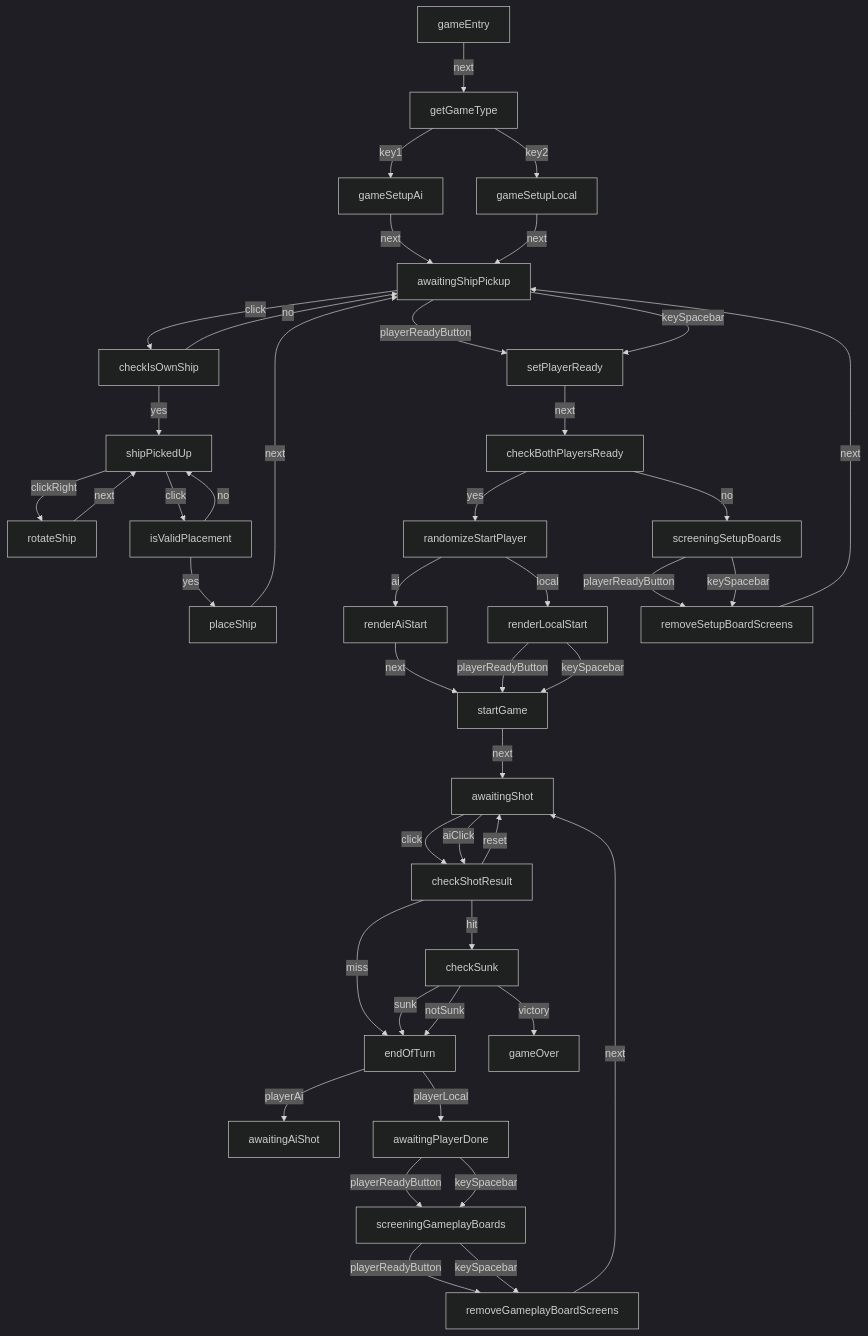
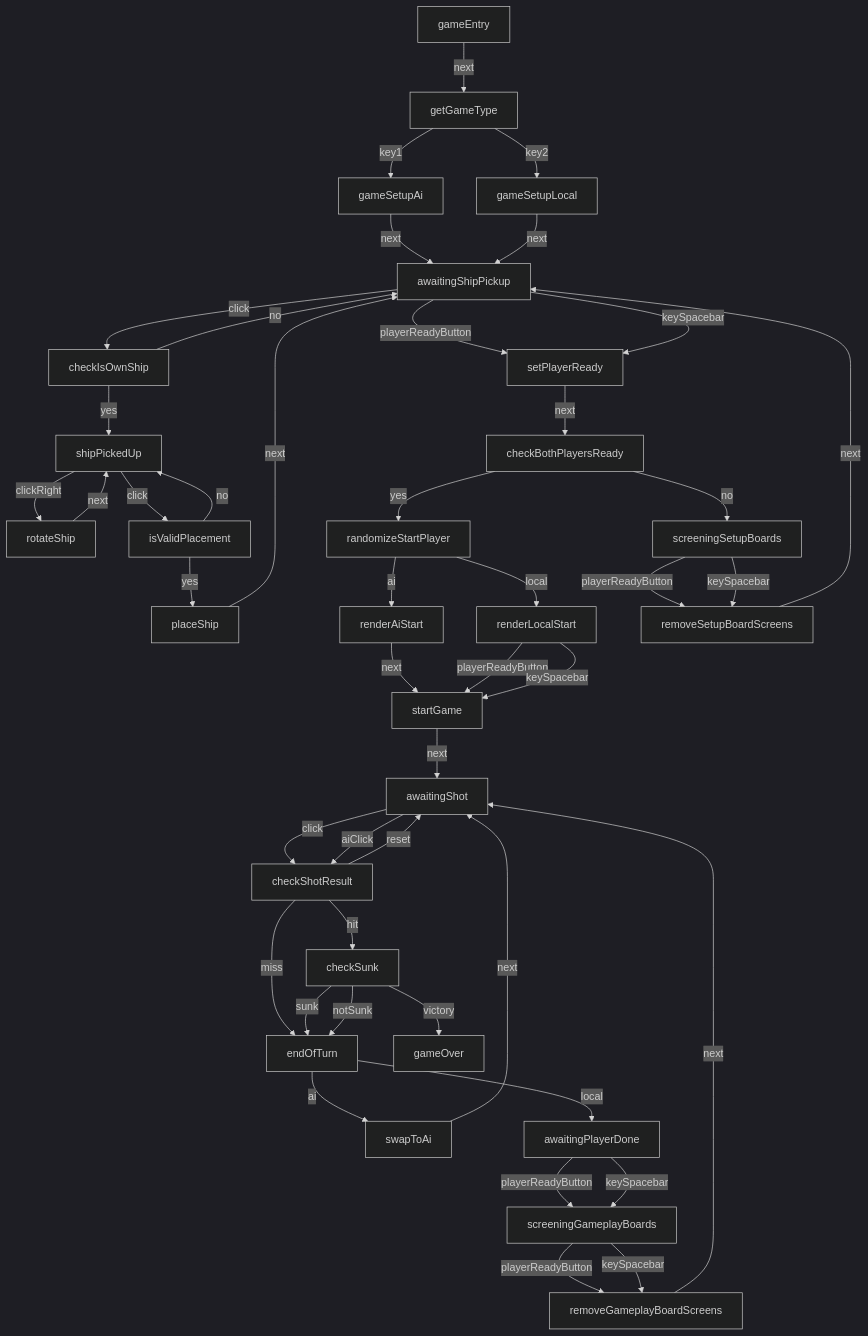
Before and after one commit to pgoshulak/battleship: the diagram in statemap.md, drawn with Mermaid (dark theme). The commit also changed 3 other files, not shown here.

````diff
--- a/statemap.md
+++ b/statemap.md
@@ -3,46 +3,47 @@
 ```mermaid
 graph TD;
 gameEntry[gameEntry] -- next --> getGameType[getGameType] ;
 getGameType[getGameType] -- key1 --> gameSetupAi[gameSetupAi] ;
 getGameType[getGameType] -- key2 --> gameSetupLocal[gameSetupLocal] ;
 gameSetupAi[gameSetupAi] -- next --> awaitingShipPickup[awaitingShipPickup] ;
 gameSetupLocal[gameSetupLocal] -- next --> awaitingShipPickup[awaitingShipPickup] ;
 awaitingShipPickup[awaitingShipPickup] -- click --> checkIsOwnShip[checkIsOwnShip] ;
 awaitingShipPickup[awaitingShipPickup] -- playerReadyButton --> setPlayerReady[setPlayerReady] ;
 awaitingShipPickup[awaitingShipPickup] -- keySpacebar --> setPlayerReady[setPlayerReady] ;
 checkIsOwnShip[checkIsOwnShip] -- yes --> shipPickedUp[shipPickedUp] ;
 checkIsOwnShip[checkIsOwnShip] -- no --> awaitingShipPickup[awaitingShipPickup] ;
 shipPickedUp[shipPickedUp] -- clickRight --> rotateShip[rotateShip] ;
 shipPickedUp[shipPickedUp] -- click --> isValidPlacement[isValidPlacement] ;
 rotateShip[rotateShip] -- next --> shipPickedUp[shipPickedUp] ;
 isValidPlacement[isValidPlacement] -- yes --> placeShip[placeShip] ;
 isValidPlacement[isValidPlacement] -- no --> shipPickedUp[shipPickedUp] ;
 placeShip[placeShip] -- next --> awaitingShipPickup[awaitingShipPickup] ;
 setPlayerReady[setPlayerReady] -- next --> checkBothPlayersReady[checkBothPlayersReady] ;
 checkBothPlayersReady[checkBothPlayersReady] -- yes --> randomizeStartPlayer[randomizeStartPlayer] ;
 checkBothPlayersReady[checkBothPlayersReady] -- no --> screeningSetupBoards[screeningSetupBoards] ;
 randomizeStartPlayer[randomizeStartPlayer] -- ai --> renderAiStart[renderAiStart] ;
 randomizeStartPlayer[randomizeStartPlayer] -- local --> renderLocalStart[renderLocalStart] ;
 renderAiStart[renderAiStart] -- next --> startGame[startGame] ;
 renderLocalStart[renderLocalStart] -- playerReadyButton --> startGame[startGame] ;
 renderLocalStart[renderLocalStart] -- keySpacebar --> startGame[startGame] ;
 startGame[startGame] -- next --> awaitingShot[awaitingShot] ;
 screeningSetupBoards[screeningSetupBoards] -- playerReadyButton --> removeSetupBoardScreens[removeSetupBoardScreens] ;
 screeningSetupBoards[screeningSetupBoards] -- keySpacebar --> removeSetupBoardScreens[removeSetupBoardScreens] ;
 removeSetupBoardScreens[removeSetupBoardScreens] -- next --> awaitingShipPickup[awaitingShipPickup] ;
 awaitingShot[awaitingShot] -- click --> checkShotResult[checkShotResult] ;
 awaitingShot[awaitingShot] -- aiClick --> checkShotResult[checkShotResult] ;
 checkShotResult[checkShotResult] -- reset --> awaitingShot[awaitingShot] ;
 checkShotResult[checkShotResult] -- miss --> endOfTurn[endOfTurn] ;
 checkShotResult[checkShotResult] -- hit --> checkSunk[checkSunk] ;
 checkSunk[checkSunk] -- victory --> gameOver[gameOver] ;
 checkSunk[checkSunk] -- sunk --> endOfTurn[endOfTurn] ;
 checkSunk[checkSunk] -- notSunk --> endOfTurn[endOfTurn] ;
-endOfTurn[endOfTurn] -- playerAi --> awaitingAiShot[awaitingAiShot] ;
-endOfTurn[endOfTurn] -- playerLocal --> awaitingPlayerDone[awaitingPlayerDone] ;
+endOfTurn[endOfTurn] -- ai --> swapToAi[swapToAi] ;
+endOfTurn[endOfTurn] -- local --> awaitingPlayerDone[awaitingPlayerDone] ;
+swapToAi[swapToAi] -- next --> awaitingShot[awaitingShot] ;
 awaitingPlayerDone[awaitingPlayerDone] -- playerReadyButton --> screeningGameplayBoards[screeningGameplayBoards] ;
 awaitingPlayerDone[awaitingPlayerDone] -- keySpacebar --> screeningGameplayBoards[screeningGameplayBoards] ;
 screeningGameplayBoards[screeningGameplayBoards] -- playerReadyButton --> removeGameplayBoardScreens[removeGameplayBoardScreens] ;
 screeningGameplayBoards[screeningGameplayBoards] -- keySpacebar --> removeGameplayBoardScreens[removeGameplayBoardScreens] ;
 removeGameplayBoardScreens[removeGameplayBoardScreens] -- next --> awaitingShot[awaitingShot] ;
 ```
````
